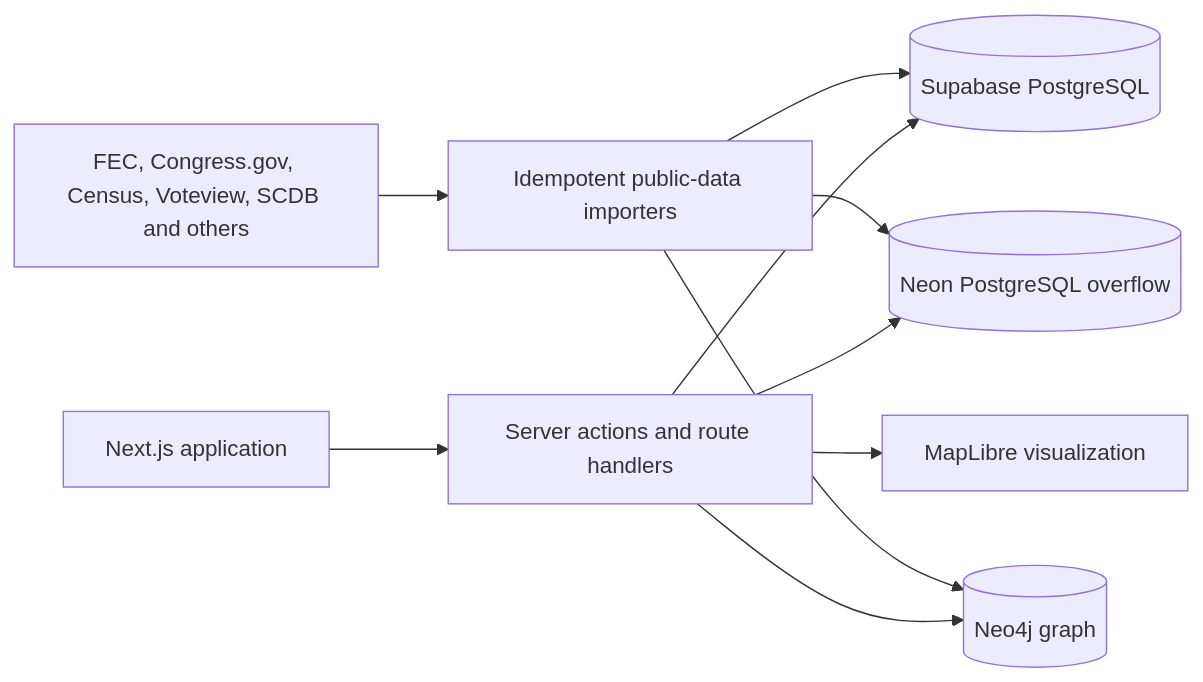
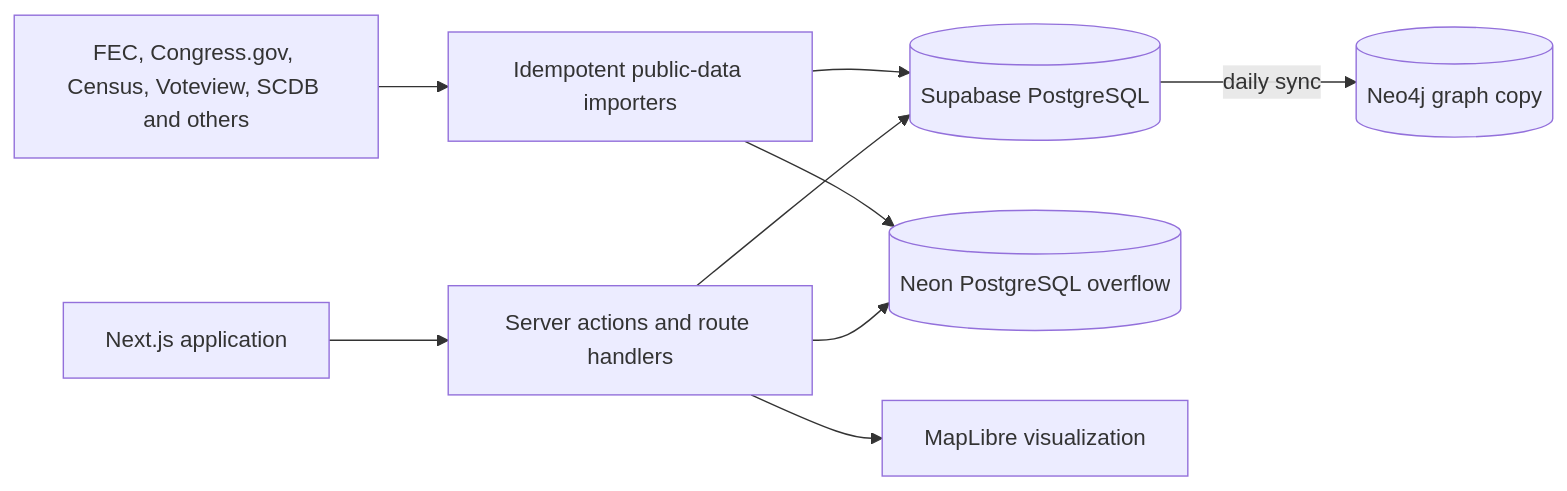
Before and after one commit to PrestonParis/worldview: the diagram in README.md, drawn with Mermaid. The commit also changed other lines of this file and 138 other files, not shown here.

First line of the commit message:
Move the entity graph into Postgres; ship quiz analytics and page caching

````diff
--- a/README.md
+++ b/README.md
@@ -25,12 +25,11 @@
 ```mermaid
 flowchart LR
     Browser[Next.js application] --> Actions[Server actions and route handlers]
     Actions --> Postgres[(Supabase PostgreSQL)]
     Actions --> Neon[(Neon PostgreSQL overflow)]
-    Actions --> Neo4j[(Neo4j graph)]
     Imports[Idempotent public-data importers] --> Postgres
     Imports --> Neon
-    Imports --> Neo4j
+    Postgres -- daily sync --> Neo4j[(Neo4j graph copy)]
     Sources[FEC, Congress.gov, Census, Voteview, SCDB and others] --> Imports
     Actions --> Maps[MapLibre visualization]
 ```
````
